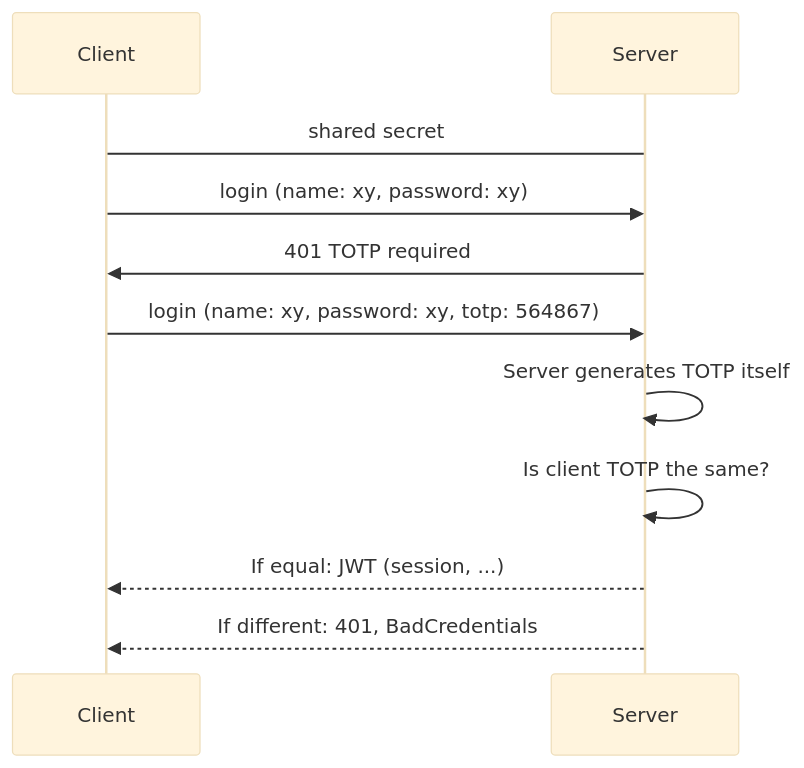
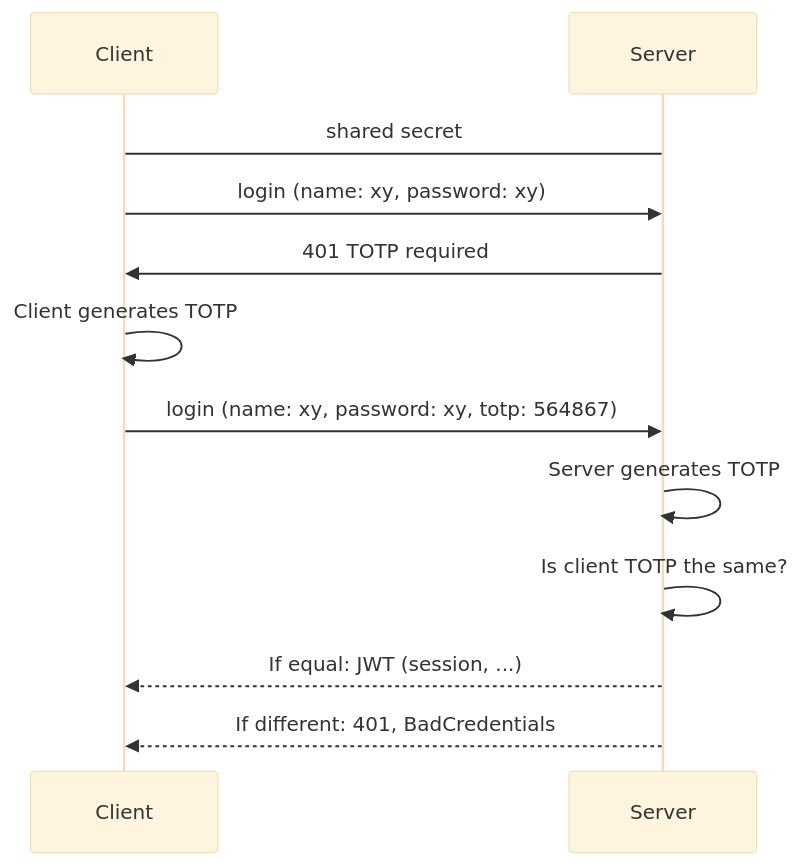
One commit to robinohs/totp-kt changed the first of 2 diagrams in README.md. Above: the diagram before and after it, drawn with Mermaid (base theme). The commit also changed other lines of this file, not shown here.

````diff
--- a/README.md
+++ b/README.md
@@ -91,13 +92,14 @@
 ```mermaid
 sequenceDiagram
 participant Client
 participant Server
 Client -> Server: shared secret
 Client ->> Server: login (name: xy, password: xy)
 Server ->> Client : 401 TOTP required
+Client ->> Client: Client generates TOTP
 Client ->> Server: login (name: xy, password: xy, totp: 564867)
-Server ->> Server: Server generates TOTP itself
+Server ->> Server: Server generates TOTP
 Server ->> Server: Is client TOTP the same?
 Server -->> Client: If equal: JWT (session, ...)
 Server -->> Client: If different: 401, BadCredentials
 ```
````
